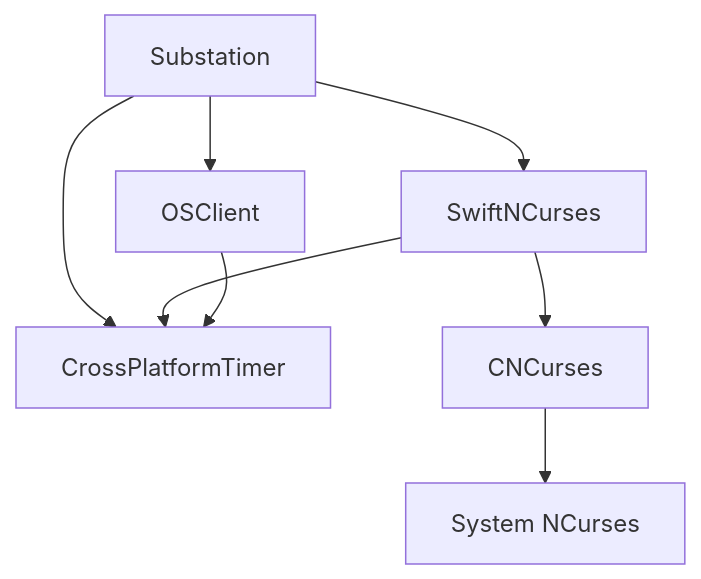
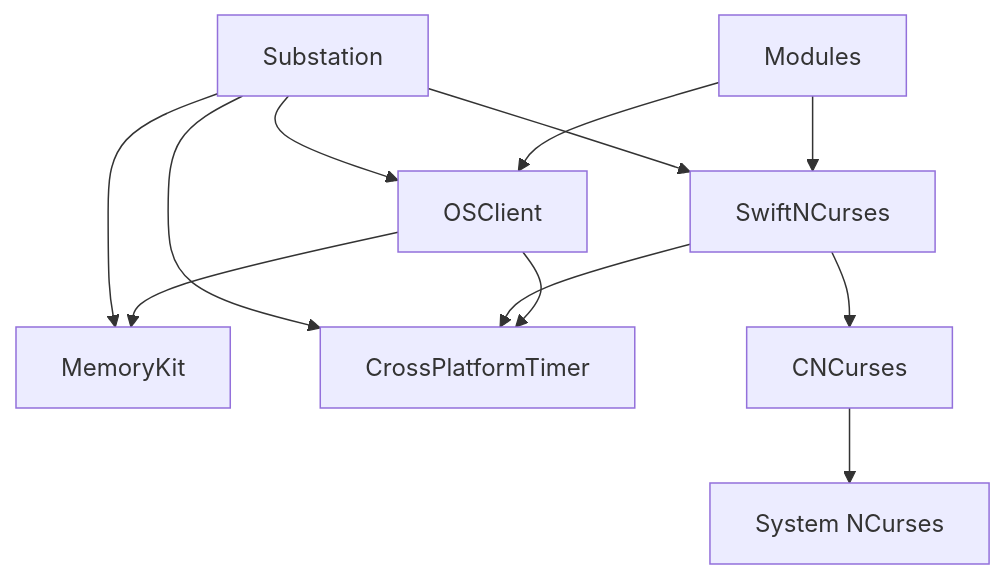
Before and after one commit to bluejayA/substation: the eighth of 8 diagrams in docs/architecture/overview.md, drawn with Mermaid. The commit also changed other lines of this file and 51 other files, not shown here.

````diff
--- a/docs/architecture/overview.md
+++ b/docs/architecture/overview.md
@@ -361,13 +645,18 @@
 ```mermaid
 graph TD
     Substation --> OSClient
     Substation --> SwiftNCurses
+    Substation --> MemoryKit
     Substation --> CrossPlatformTimer
+
+    Modules --> OSClient
+    Modules --> SwiftNCurses
 
     SwiftNCurses --> CrossPlatformTimer
     SwiftNCurses --> CNCurses
 
+    OSClient --> MemoryKit
     OSClient --> CrossPlatformTimer
 
     CNCurses --> NCurses[System NCurses]
 ```
````
